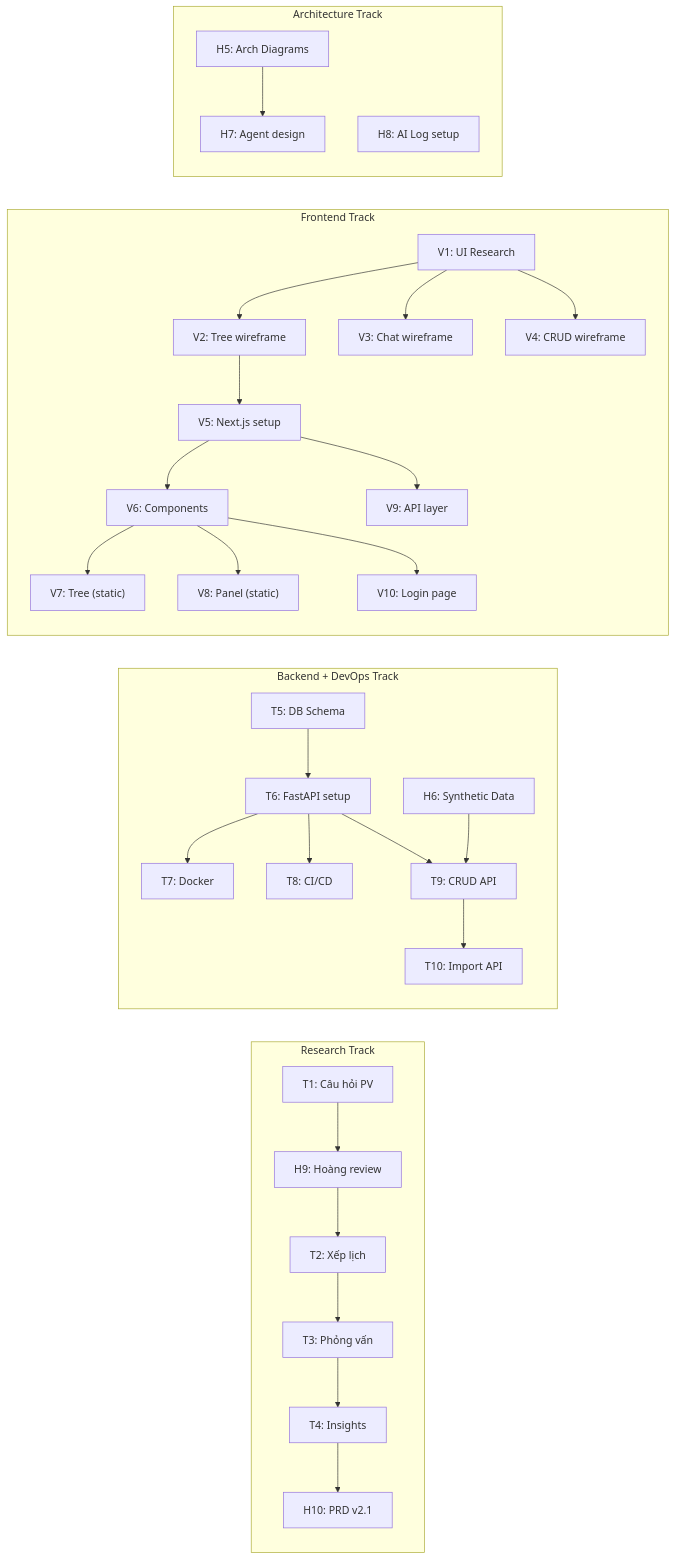
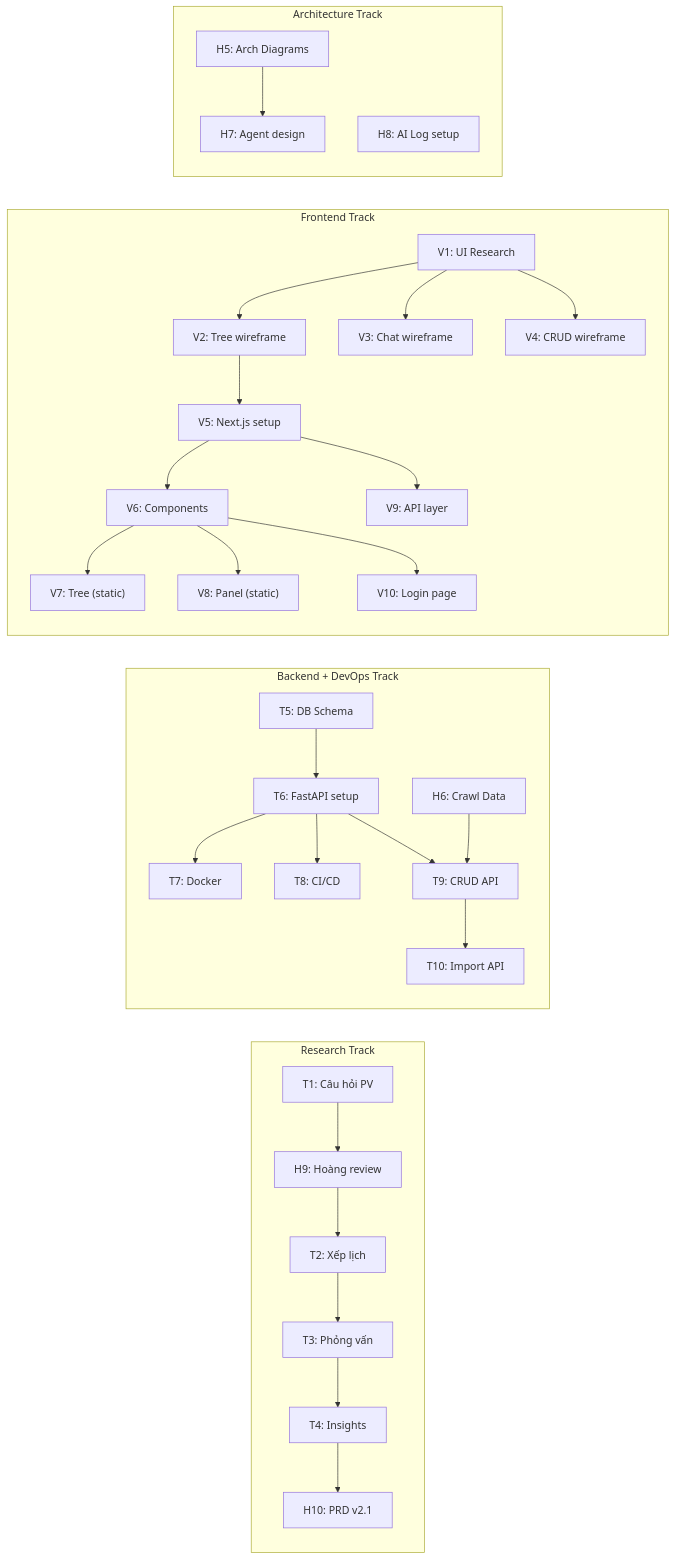
One commit to ritvien/-Learning-Analytics-AI changed the diagram in docs/07-Sprint-Planning/Sprint1.md. Above: the diagram before and after it, drawn with Mermaid. The commit also changed other lines of this file and 6 other files, not shown here.

Commit message:
chore: update sprint plans for crawl data and add seed generator

````diff
--- a/docs/07-Sprint-Planning/Sprint1.md
+++ b/docs/07-Sprint-Planning/Sprint1.md
@@ -121,36 +121,36 @@
 ```mermaid
 graph LR
     subgraph "Research Track"
         T1["T1: Câu hỏi PV"] --> H9["H9: Hoàng review"]
         H9 --> T2["T2: Xếp lịch"]
         T2 --> T3["T3: Phỏng vấn"]
         T3 --> T4["T4: Insights"]
         T4 --> H10["H10: PRD v2.1"]
     end
 
     subgraph "Backend + DevOps Track"
         T5["T5: DB Schema"] --> T6["T6: FastAPI setup"]
         T6 --> T7["T7: Docker"]
         T6 --> T8["T8: CI/CD"]
         T6 --> T9["T9: CRUD API"]
-        H6["H6: Synthetic Data"] --> T9
+        H6["H6: Crawl Data"] --> T9
         T9 --> T10["T10: Import API"]
     end
 
     subgraph "Frontend Track"
         V1["V1: UI Research"] --> V2["V2: Tree wireframe"]
         V1 --> V3["V3: Chat wireframe"]
         V1 --> V4["V4: CRUD wireframe"]
         V2 --> V5["V5: Next.js setup"]
         V5 --> V6["V6: Components"]
         V6 --> V7["V7: Tree (static)"]
         V6 --> V8["V8: Panel (static)"]
         V5 --> V9["V9: API layer"]
         V6 --> V10["V10: Login page"]
     end
 
     subgraph "Architecture Track"
         H5["H5: Arch Diagrams"] --> H7["H7: Agent design"]
         H8["H8: AI Log setup"]
     end
 ```
````
